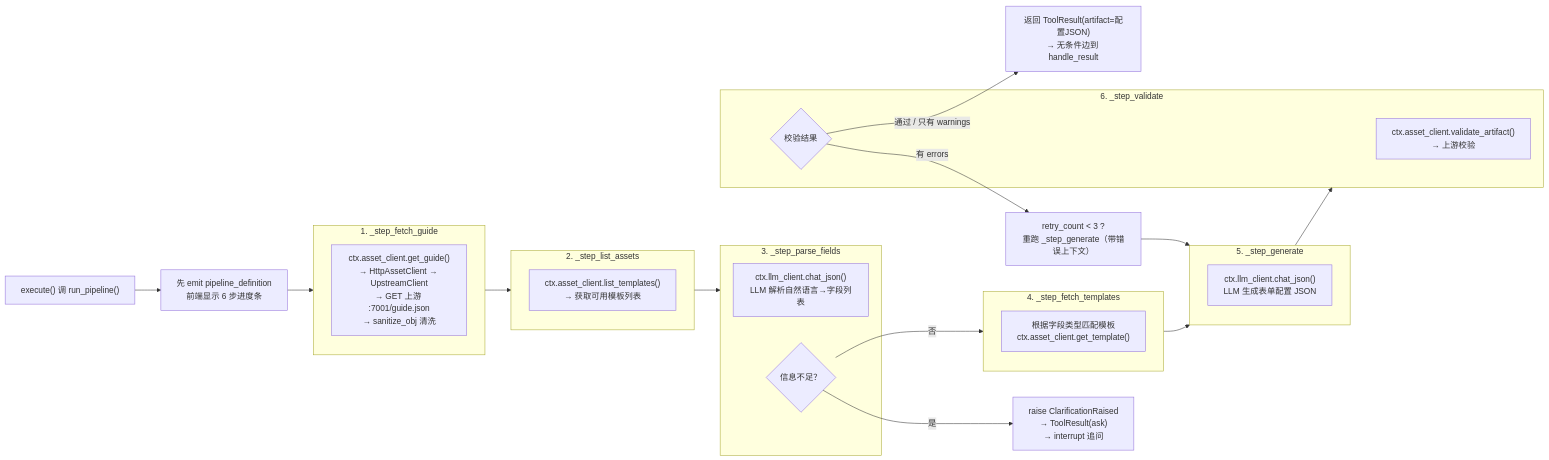
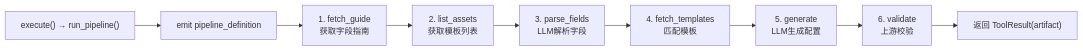
Before and after one commit to 996Code/llm-to-modeler: the sixth of 19 diagrams in doc/系统架构与学习指南.md, drawn with Mermaid. The commit also changed other lines of this file, not shown here.

First line of the commit message:
docs: 拆分大 Mermaid 图 + 深度解析 interrupt/resume 追问机制

````diff
--- a/doc/系统架构与学习指南.md
+++ b/doc/系统架构与学习指南.md
@@ -136,38 +140,11 @@
 ```mermaid
 flowchart LR
-    Start["execute() 调 run_pipeline()"] --> Emit["先 emit pipeline_definition<br/>前端显示 6 步进度条"]
-    Emit --> S1
-
-    subgraph S1["1. _step_fetch_guide"]
-        S1a["ctx.asset_client.get_guide()<br/>→ HttpAssetClient → UpstreamClient<br/>→ GET 上游 :7001/guide.json<br/>→ sanitize_obj 清洗"]
-    end
-
-    subgraph S2["2. _step_list_assets"]
-        S2a["ctx.asset_client.list_templates()<br/>→ 获取可用模板列表"]
-    end
-
-    subgraph S3["3. _step_parse_fields"]
-        S3a["ctx.llm_client.chat_json()<br/>LLM 解析自然语言→字段列表"]
-        S3b{"信息不足？"}
-    end
-
-    subgraph S4["4. _step_fetch_templates"]
-        S4a["根据字段类型匹配模板<br/>ctx.asset_client.get_template()"]
-    end
-
-    subgraph S5["5. _step_generate"]
-        S5a["ctx.llm_client.chat_json()<br/>LLM 生成表单配置 JSON"]
-    end
-
-    subgraph S6["6. _step_validate"]
-        S6a["ctx.asset_client.validate_artifact()<br/>→ 上游校验"]
-        S6b{"校验结果"}
-    end
-
-    S1 --> S2 --> S3
-    S3b -->|否| S4 --> S5 --> S6
-    S3b -->|是| Clarify["raise ClarificationRaised<br/>→ ToolResult(ask)<br/>→ interrupt 追问"]
-    S6b -->|有 errors| Retry["retry_count < 3 ?<br/>重跑 _step_generate（带错误上下文）"]
-    Retry --> S5
-    S6b -->|通过 / 只有 warnings| Done["返回 ToolResult(artifact=配置JSON)<br/>→ 无条件边到 handle_result"]
+    Start["execute() → run_pipeline()"] --> Emit["emit pipeline_definition"]
+    Emit --> S1["1. fetch_guide<br/>获取字段指南"]
+    S1 --> S2["2. list_assets<br/>获取模板列表"]
+    S2 --> S3["3. parse_fields<br/>LLM解析字段"]
+    S3 --> S4["4. fetch_templates<br/>匹配模板"]
+    S4 --> S5["5. generate<br/>LLM生成配置"]
+    S5 --> S6["6. validate<br/>上游校验"]
+    S6 --> Done["返回 ToolResult(artifact)"]
 ```
````
